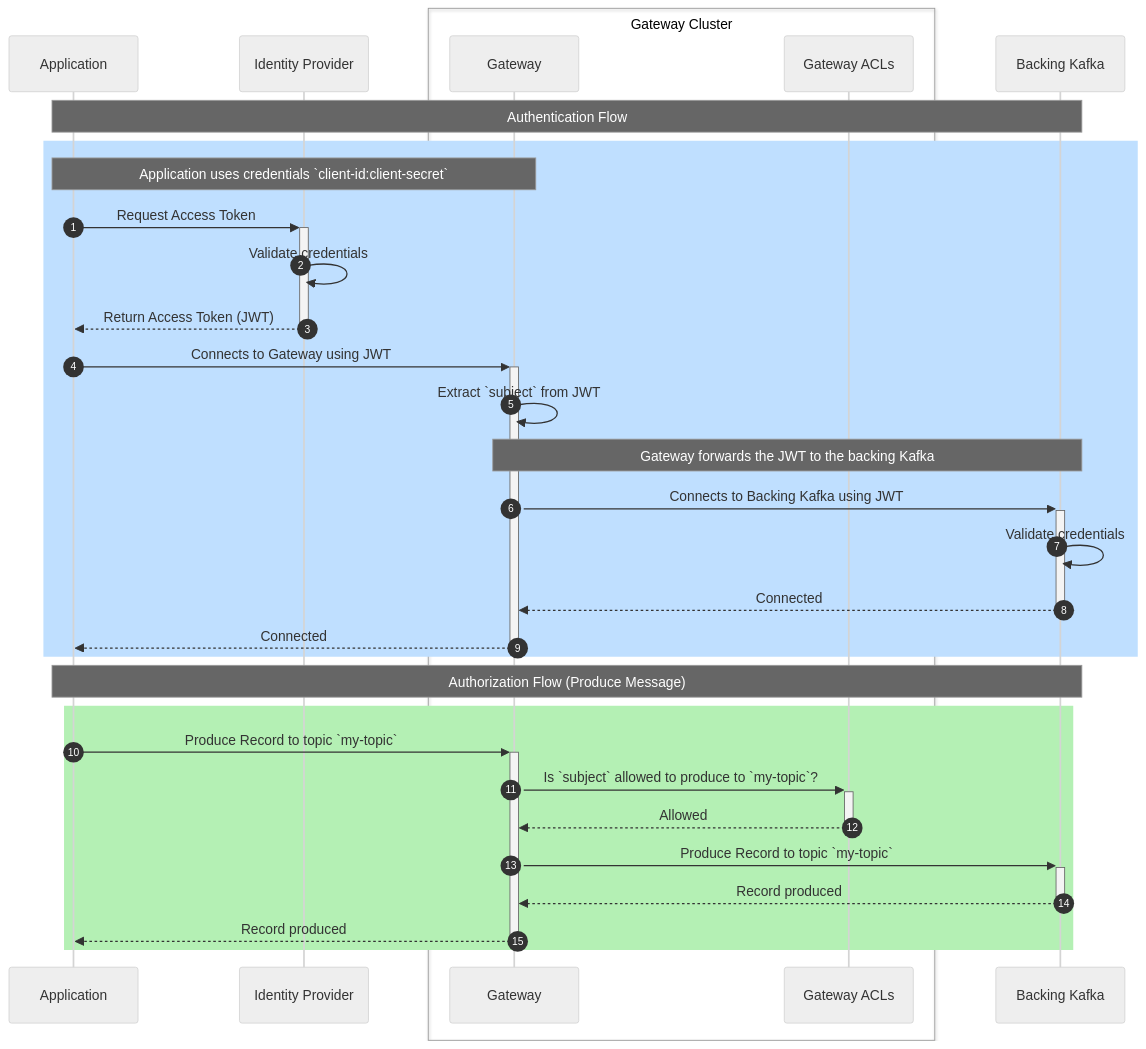
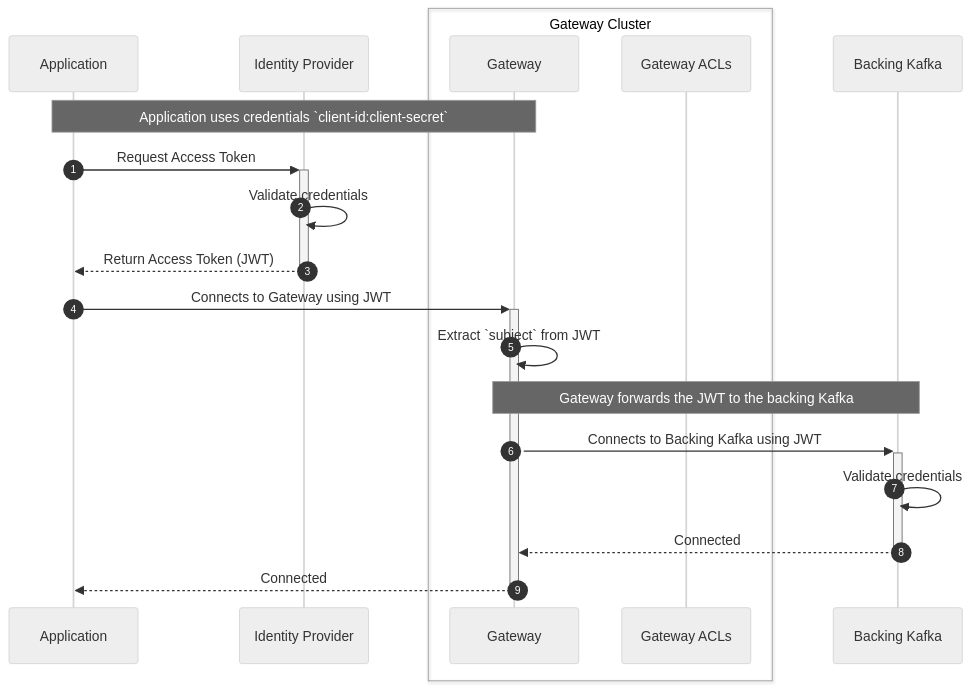
The seventh of 8 diagrams in docs/gateway/configuration/index.md (conduktor/conduktor-docs), drawn with Mermaid (neutral theme) before and after one commit. The commit also changed other lines of this file, not shown here.

````diff
--- a/docs/gateway/configuration/index.md
+++ b/docs/gateway/configuration/index.md
@@ -139,36 +151,23 @@
 ```mermaid
 sequenceDiagram
 	autonumber
 	participant A as Application 
 	participant I as Identity Provider
 	box Gateway Cluster
     participant GW as Gateway
     participant GW2 as Gateway ACLs
     end
     participant K as Backing Kafka
 	
-	Note over A,K: Authentication Flow
-	rect rgb(191, 223, 255)
 	Note over A,GW: Application uses credentials `client-id:client-secret`
 	A->>+I: Request Access Token
 	I->>I: Validate credentials
     I-->>-A: Return Access Token (JWT)
     A->>+GW: Connects to Gateway using JWT
     GW->>GW: Extract `subject` from JWT
     Note over GW,K: Gateway forwards the JWT to the backing Kafka
     GW->>+K: Connects to Backing Kafka using JWT
     K->>K: Validate credentials
     K-->>-GW: Connected
     GW-->>-A: Connected
-    end
-    
-    Note over A,K: Authorization Flow (Produce Message)
-    rect rgb(180, 240, 180)
-    A->>+GW: Produce Record to topic `my-topic`
-    GW->>+GW2: Is `subject` allowed to produce to `my-topic`?
-    GW2-->>-GW: Allowed
-    GW->>+K: Produce Record to topic `my-topic`
-    K-->>-GW: Record produced
-    GW-->>-A: Record produced
-	end
 ```
````
